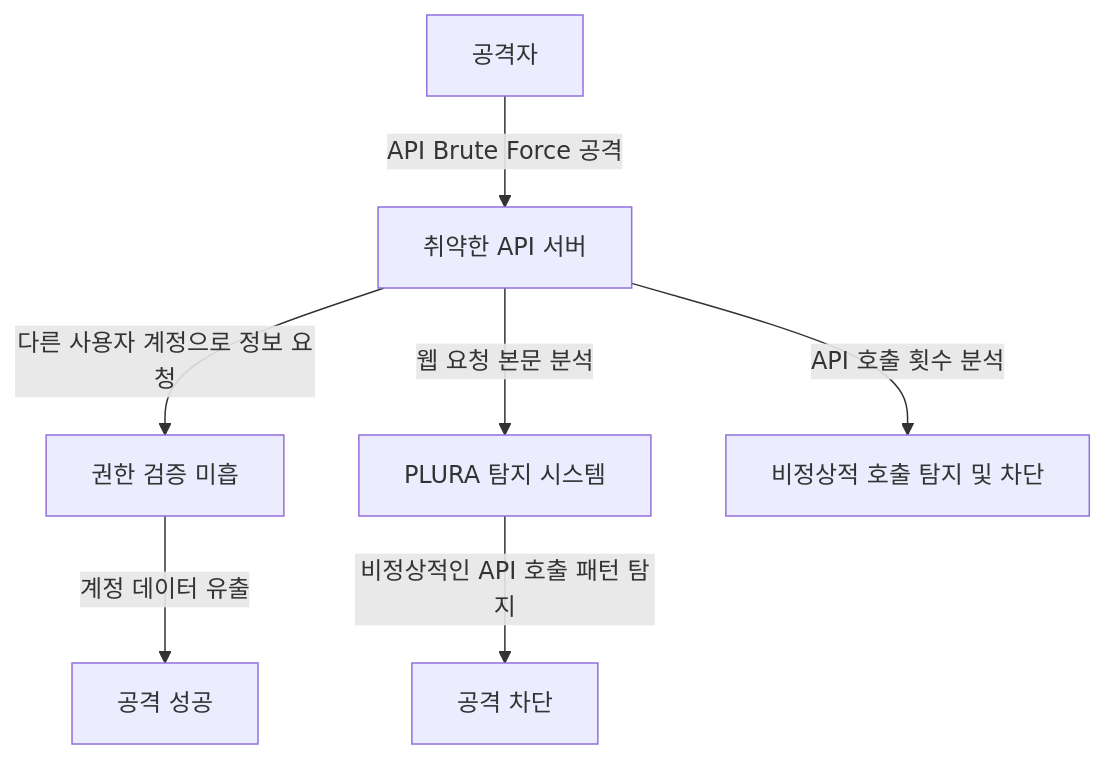
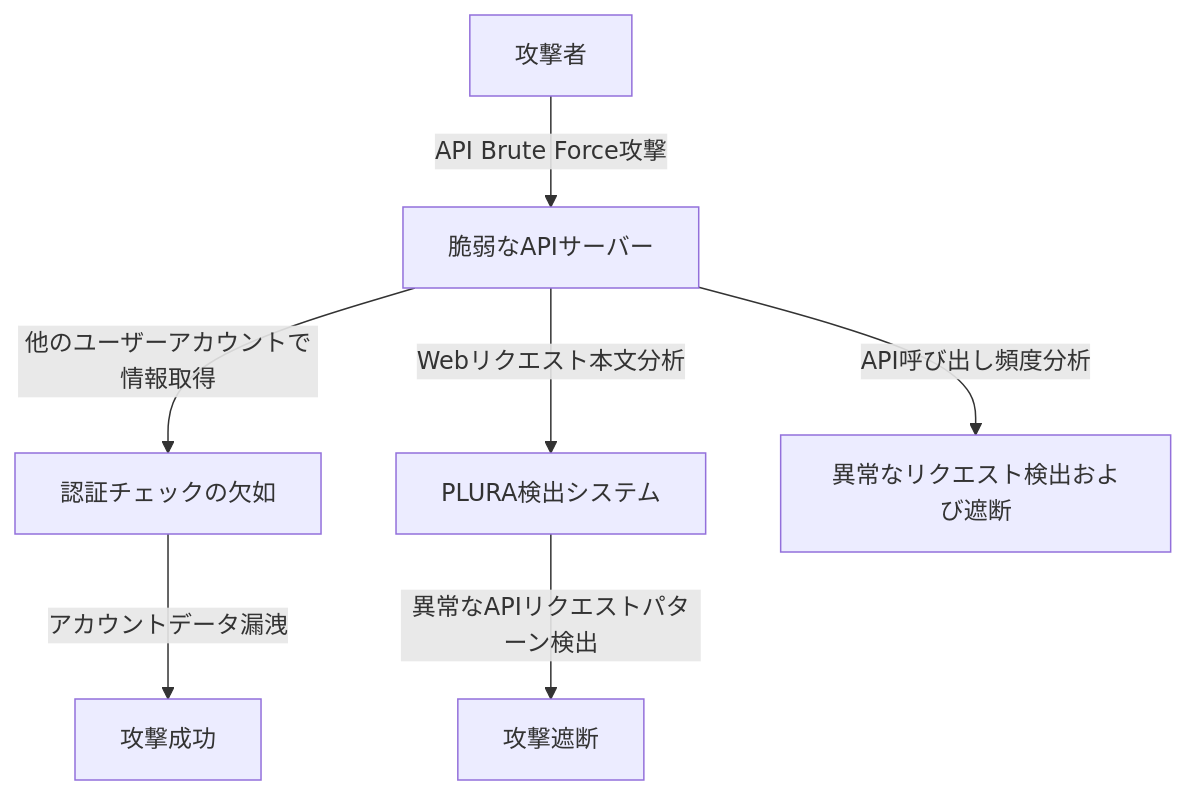
The diagram in benefits/ja/zero-day/scenario-api-attack.md (qubitsec/plura), drawn with Mermaid before and after one commit. The commit also changed other lines of this file, not shown here.

````diff
--- a/benefits/ja/zero-day/scenario-api-attack.md
+++ b/benefits/ja/zero-day/scenario-api-attack.md
@@ -53,11 +53,11 @@
 ```mermaid
 graph TD
-    A[공격자] -->|API Brute Force 공격| B[취약한 API 서버]
-    B -->|다른 사용자 계정으로 정보 요청| C[권한 검증 미흡]
-    C -->|계정 데이터 유출| D[공격 성공]
+    A[攻撃者] -->|API Brute Force攻撃| B[脆弱なAPIサーバー]
+    B -->|他のユーザーアカウントで情報取得| C[認証チェックの欠如]
+    C -->|アカウントデータ漏洩| D[攻撃成功]
 
-    %% PLURA 탐지 및 대응
-    B -->|웹 요청 본문 분석| X[PLURA 탐지 시스템]
-    X -->|비정상적인 API 호출 패턴 탐지| Y[공격 차단]
-    B -->|API 호출 횟수 분석| Z[비정상적 호출 탐지 및 차단]
+    %% PLURA検出および対応
+    B -->|Webリクエスト本文分析| X[PLURA検出システム]
+    X -->|異常なAPIリクエストパターン検出| Y[攻撃遮断]
+    B -->|API呼び出し頻度分析| Z[異常なリクエスト検出および遮断]
 ```
````
